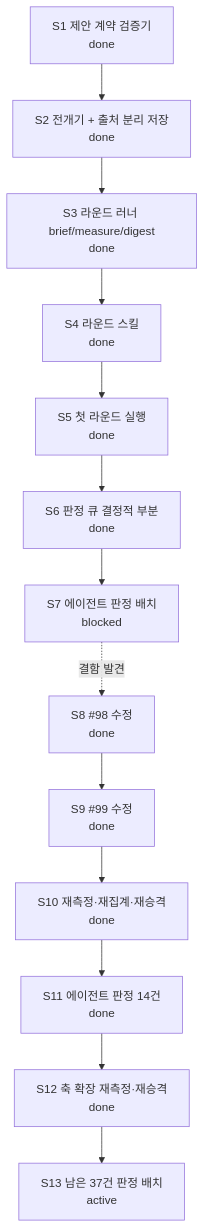
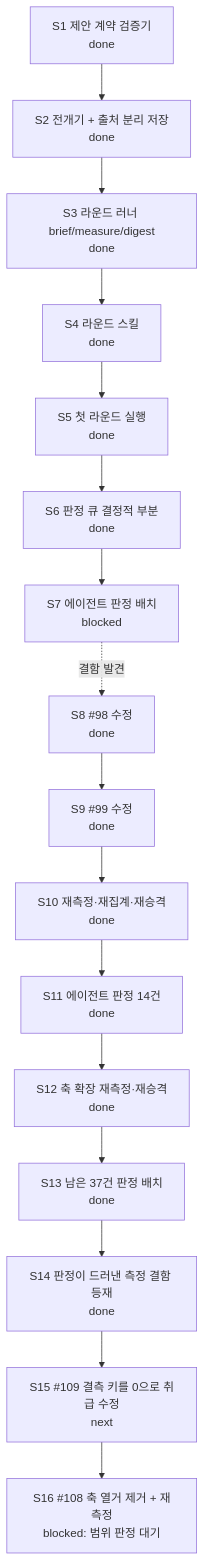
The diagram in docs/CURRENT-PLAN.md (skerfolg/poe2-ai-wiki), drawn with Mermaid before and after one commit. The commit also changed other lines of this file and 1 other file, not shown here.

First line of the commit message:
판정 27건이 드러낸 측정 결함 4건 등재 (#108~#111)

````diff
--- a/docs/CURRENT-PLAN.md
+++ b/docs/CURRENT-PLAN.md
@@ -23,18 +23,22 @@
 ```mermaid
 flowchart TD
   CONTRACT[S1 제안 계약 검증기<br/>done]
   FLOW[S2 전개기 + 출처 분리 저장<br/>done]
   ROUND[S3 라운드 러너 brief/measure/digest<br/>done]
   SKILL[S4 라운드 스킬<br/>done]
   FIRST[S5 첫 라운드 실행<br/>done]
   NECESS[S6 판정 큐 결정적 부분<br/>done]
   JUDGE[S7 에이전트 판정 배치<br/>blocked]
   FIX[S8 #98 수정<br/>done]
   REMEAS[S9 #99 수정<br/>done]
   REAGG[S10 재측정·재집계·재승격<br/>done]
   RESUME[S11 에이전트 판정 14건<br/>done]
   AXES[S12 축 확장 재측정·재승격<br/>done]
-  NEXT2[S13 남은 37건 판정 배치<br/>active]
+  NEXT2[S13 남은 37건 판정 배치<br/>done]
+  DEF[S14 판정이 드러낸 측정 결함 등재<br/>done]
+  FIXDELTA[S15 #109 결측 키를 0으로 취급 수정<br/>next]
+  WIDEN[S16 #108 축 열거 제거 + 재측정<br/>blocked: 범위 판정 대기]
   CONTRACT --> FLOW --> ROUND --> SKILL --> FIRST --> NECESS --> JUDGE
   JUDGE -. 결함 발견 .-> FIX --> REMEAS --> REAGG --> RESUME --> AXES --> NEXT2
+  NEXT2 --> DEF --> FIXDELTA --> WIDEN
 ```
````
